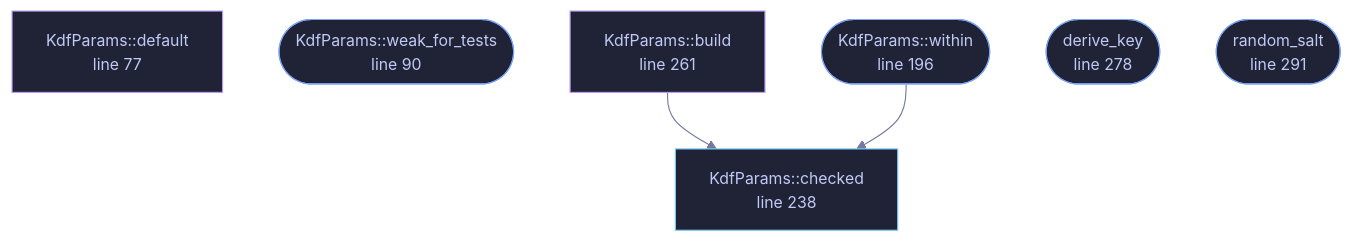
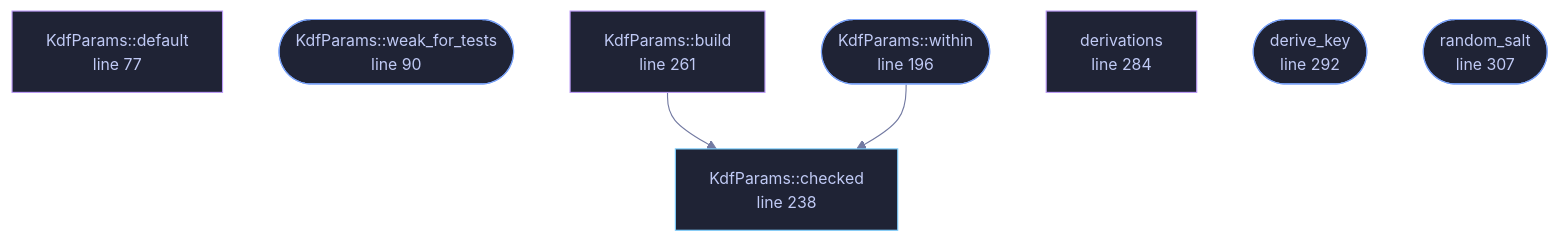
Before and after one commit to tilas01/veilvoice: the diagram in docs/files/veilvoice-crypto/kdf.md, drawn with Mermaid. The commit also changed other lines of this file and 61 other files, not shown here.

````diff
--- a/docs/files/veilvoice-crypto/kdf.md
+++ b/docs/files/veilvoice-crypto/kdf.md
@@ -114,26 +114,28 @@
 ```mermaid
 %%{init: {"theme":"base","themeVariables":{"background":"#1a1b26","primaryColor":"#1f2335","primaryTextColor":"#c0caf5","primaryBorderColor":"#7aa2f7","secondaryColor":"#16161e","tertiaryColor":"#16161e","lineColor":"#737aa2","textColor":"#c0caf5","mainBkg":"#1f2335","nodeBorder":"#7aa2f7","clusterBkg":"#16161e","clusterBorder":"#2f3549","fontFamily":"ui-monospace, SFMono-Regular, Consolas, monospace","fontSize":"14px"}}}%%
 flowchart TD
     n_default["KdfParams::default<br/>line 77"]
     n_weak_for_tests(["KdfParams::weak_for_tests<br/>line 90"])
     n_within(["KdfParams::within<br/>line 196"])
     n_checked["KdfParams::checked<br/>line 238"]
     n_build["KdfParams::build<br/>line 261"]
-    n_derive_key(["derive_key<br/>line 278"])
-    n_random_salt(["random_salt<br/>line 291"])
+    n_derivations["derivations<br/>line 284"]
+    n_derive_key(["derive_key<br/>line 292"])
+    n_random_salt(["random_salt<br/>line 307"])
     n_build --> n_checked
     n_within --> n_checked
     click n_default href "https://github.com/tilas01/veilvoice/blob/main/crates/veilvoice-crypto/src/kdf.rs#L77" "open the source"
     click n_weak_for_tests href "https://github.com/tilas01/veilvoice/blob/main/crates/veilvoice-crypto/src/kdf.rs#L90" "open the source"
     click n_within href "https://github.com/tilas01/veilvoice/blob/main/crates/veilvoice-crypto/src/kdf.rs#L196" "open the source"
     click n_checked href "https://github.com/tilas01/veilvoice/blob/main/crates/veilvoice-crypto/src/kdf.rs#L238" "open the source"
     click n_build href "https://github.com/tilas01/veilvoice/blob/main/crates/veilvoice-crypto/src/kdf.rs#L261" "open the source"
-    click n_derive_key href "https://github.com/tilas01/veilvoice/blob/main/crates/veilvoice-crypto/src/kdf.rs#L278" "open the source"
-    click n_random_salt href "https://github.com/tilas01/veilvoice/blob/main/crates/veilvoice-crypto/src/kdf.rs#L291" "open the source"
+    click n_derivations href "https://github.com/tilas01/veilvoice/blob/main/crates/veilvoice-crypto/src/kdf.rs#L284" "open the source"
+    click n_derive_key href "https://github.com/tilas01/veilvoice/blob/main/crates/veilvoice-crypto/src/kdf.rs#L292" "open the source"
+    click n_random_salt href "https://github.com/tilas01/veilvoice/blob/main/crates/veilvoice-crypto/src/kdf.rs#L307" "open the source"
     classDef entry fill:#1f2335,stroke:#7aa2f7,color:#c0caf5
     class n_weak_for_tests,n_within,n_derive_key,n_random_salt entry
     classDef api fill:#1f2335,stroke:#7dcfff,color:#c0caf5
     class n_checked api
     classDef helper fill:#1f2335,stroke:#bb9af7,color:#c0caf5
-    class n_default,n_build helper
+    class n_default,n_build,n_derivations helper
 ```
````
